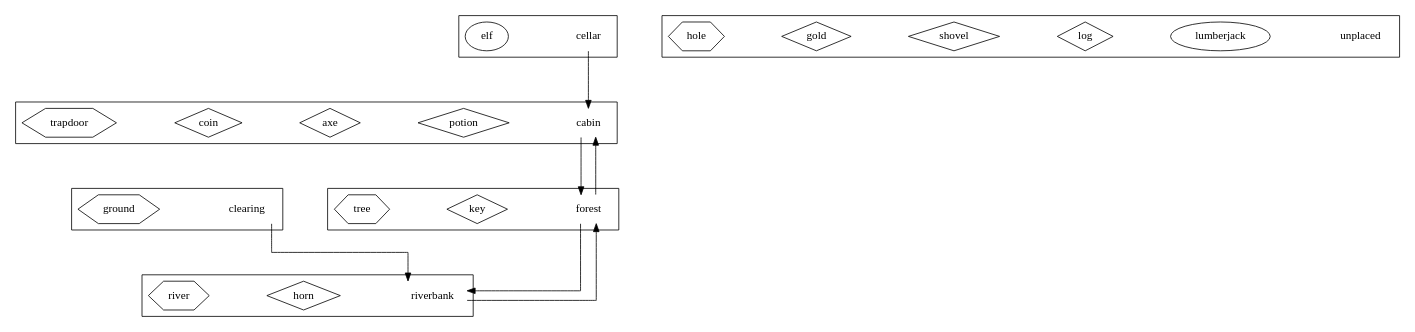
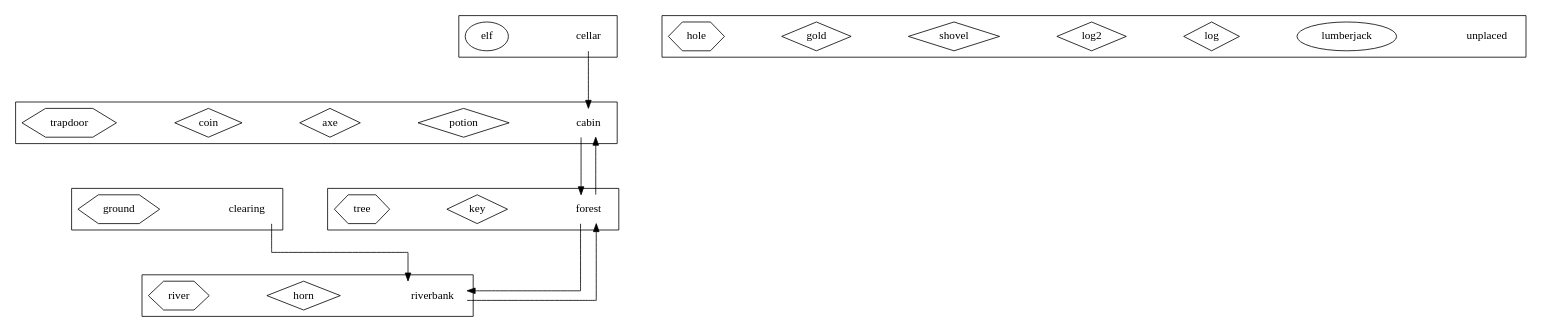
One commit to hs14428/Java changed the diagram in Weeks 8-12 - STAG/STAG/data/extended-entities.dot. Above: the diagram before and after it, drawn with Graphviz. The commit also changed 6 other files, not shown here.

Commit message:
Change actions to arraylist so that multiple actions of same name can exist. Minor edits to gameengine as a result

```diff
--- a/Weeks 8-12 - STAG/STAG/data/extended-entities.dot
+++ b/Weeks 8-12 - STAG/STAG/data/extended-entities.dot
@@ -1,99 +1,100 @@
 digraph layout {
     /* ortho splines just makes the arrows into straight lines (rather than curvy ones !) */
     splines = ortho;
     /* space everything out a bit to make it easier to see (for larger models) */
     graph [ranksep="1" nodesep="1"];
     node [shape = "rect"];
 
     subgraph locations {
 
         subgraph cluster001 {
             node [shape = "none"];
             cabin [description = "A log cabin in the woods"];
             subgraph artefacts {
                 node [shape = "diamond"];
                 potion [description = "A bottle of magic potion"];
                 axe [description = "A razor sharp axe"];
                 coin [description = "A silver coin"];
             }
             subgraph furniture {
                 node [shape = "hexagon"];
                 trapdoor [description = "A locked wooden trapdoor in the floor"];
             }
         }
 
         subgraph cluster002 {
             node [shape = "none"];
             forest [description = "A deep dark forest"];
             subgraph artefacts {
                 node [shape = "diamond"];
                 key [description = "A rusty old key"];
             }
             subgraph furniture {
                 node [shape = "hexagon"];
                 tree [description = "A tall pine tree"];
             }
         }
 
         subgraph cluster003 {
             node [shape = "none"];
             cellar [description = "A dusty cellar"]
             subgraph characters {
                 node [shape = "ellipse"];
                 elf [description = "An angry looking Elf"];
             }
         }
 
         subgraph cluster004 {
             node [shape = "none"];
             riverbank [description = "A grassy riverbank"]
             subgraph artefacts {
                 node [shape = "diamond"];
                 horn [description = "An old brass horn"];
             }
             subgraph furniture {
                 node [shape = "hexagon"];
                 river [description = "A fast flowing river"];
             }
         }
 
         subgraph cluster005 {
             node [shape = "none"];
             clearing [description = "A clearing in the woods"]
             subgraph furniture {
                 node [shape = "hexagon"];
                 ground [description = "It looks like the soil has been recently disturbed"];
             }
         }
 
         subgraph cluster999 {
             node [shape = "none"];
             unplaced [description = "Storage for any entities not placed in the Game"]
             subgraph characters {
                 node [shape = "ellipse"];
                 lumberjack [description = "A burly wood cutter"];
             }
             subgraph artefacts {
                 node [shape = "diamond"];
                 log [description = "A heavy wooden log"];
+                log2 [description = "A heavy wooden log for testing multiple actions"];
                 shovel [description = "A sturdy shovel"];
                 gold [description = "A big pot of gold"];
             }
             subgraph furniture {
                 node [shape = "hexagon"];
                 hole [description = "A deep hole in the ground"];
             }
         }
 
     }
 
     subgraph paths {
         cabin -> forest;
         forest -> cabin;
         cellar -> cabin;
         forest -> riverbank
         riverbank -> forest
         clearing -> riverbank
     }
 
 }
```
